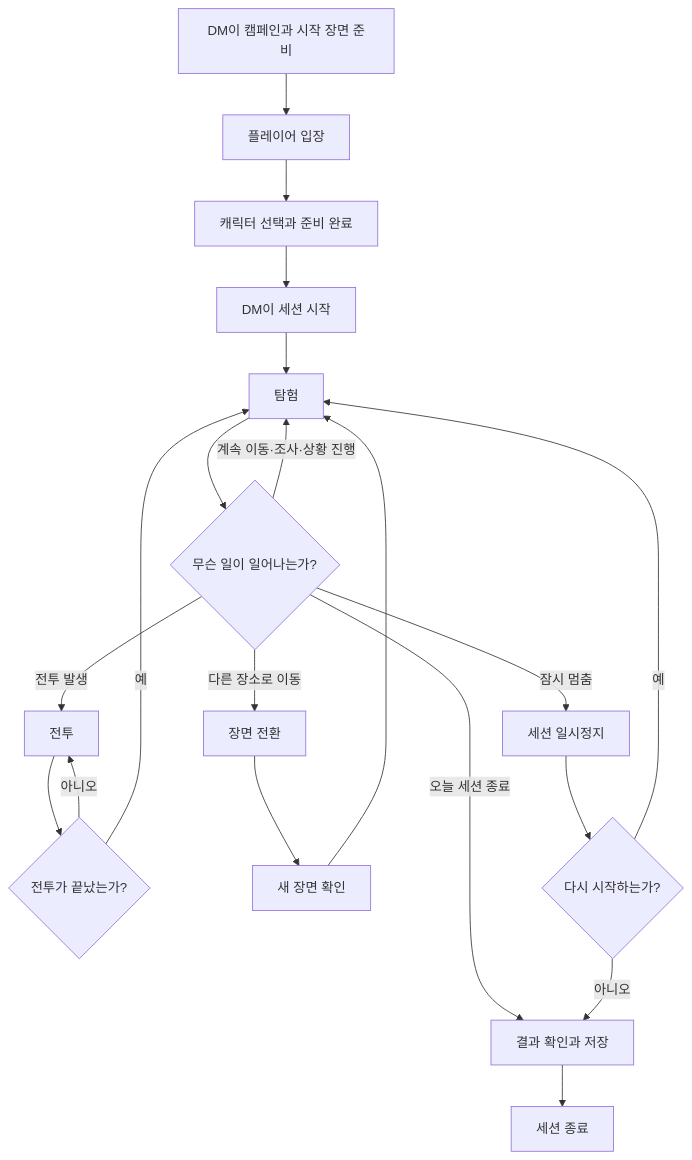
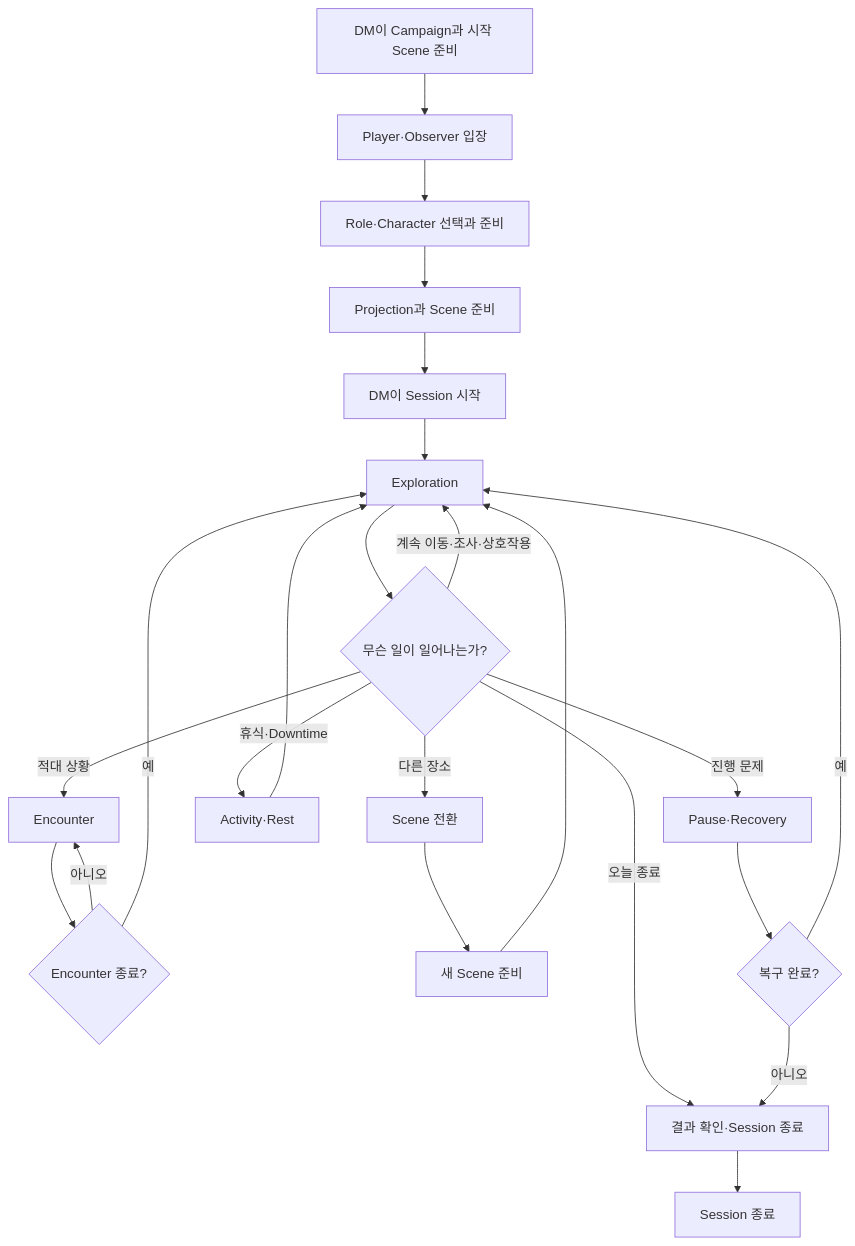
The first of 7 diagrams in docs/remake/user-guides/QUICK-FLOW.md (Kaetaeru/RVTT), drawn with Mermaid before and after one commit. The commit also changed other lines of this file, not shown here.

Commit message:
docs: link session flow to HTML UI examples

````diff
--- a/docs/remake/user-guides/QUICK-FLOW.md
+++ b/docs/remake/user-guides/QUICK-FLOW.md
@@ -29,28 +78,29 @@
 ```mermaid
 flowchart TD
-    A[DM이 캠페인과 시작 장면 준비] --> B[플레이어 입장]
-    B --> C[캐릭터 선택과 준비 완료]
-    C --> D[DM이 세션 시작]
-    D --> E[탐험]
+    A[DM이 Campaign과 시작 Scene 준비] --> B[Player·Observer 입장]
+    B --> C[Role·Character 선택과 준비]
+    C --> D[Projection과 Scene 준비]
+    D --> E[DM이 Session 시작]
+    E --> F[Exploration]
 
-    E --> F{무슨 일이 일어나는가?}
+    F --> G{무슨 일이 일어나는가?}
+    G -->|계속 이동·조사·상호작용| F
+    G -->|적대 상황| H[Encounter]
+    G -->|다른 장소| I[Scene 전환]
+    G -->|휴식·Downtime| J[Activity·Rest]
+    G -->|진행 문제| K[Pause·Recovery]
+    G -->|오늘 종료| L[결과 확인·Session 종료]
 
-    F -->|계속 이동·조사·상황 진행| E
-    F -->|전투 발생| G[전투]
-    F -->|다른 장소로 이동| H[장면 전환]
-    F -->|잠시 멈춤| I[세션 일시정지]
-    F -->|오늘 세션 종료| J[결과 확인과 저장]
+    H --> M{Encounter 종료?}
+    M -->|아니오| H
+    M -->|예| F
 
-    G --> K{전투가 끝났는가?}
-    K -->|아니오| G
-    K -->|예| E
+    I --> N[새 Scene 준비]
+    N --> F
 
-    H --> L[새 장면 확인]
-    L --> E
-
-    I --> M{다시 시작하는가?}
-    M -->|예| E
-    M -->|아니오| J
-
-    J --> N[세션 종료]
+    J --> F
+    K --> O{복구 완료?}
+    O -->|예| F
+    O -->|아니오| L
+    L --> P[Session 종료]
 ```
````
